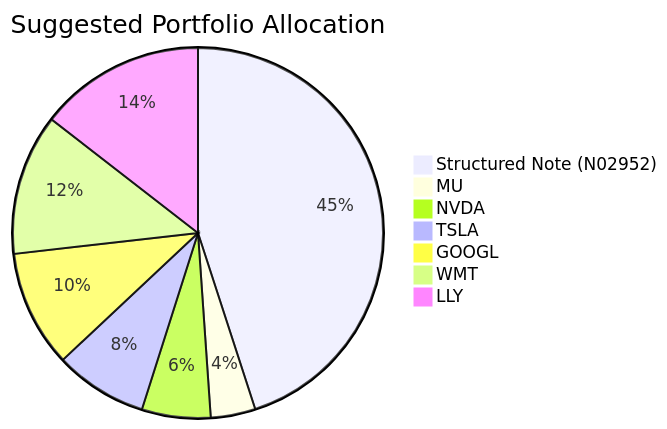
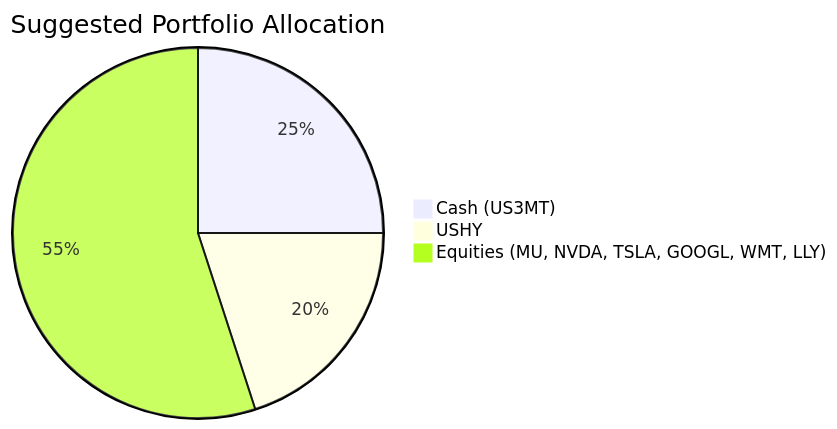
Before and after one commit to roger249/Bot-collaboration: the second of 2 diagrams in docs/sample outputs/client_product_fit_analysis_8.md, drawn with Mermaid. The commit also changed other lines of this file and 16 other files, not shown here.

````diff
--- a/docs/sample outputs/client_product_fit_analysis_8.md
+++ b/docs/sample outputs/client_product_fit_analysis_8.md
@@ -71,10 +41,6 @@
 ```mermaid
 pie title Suggested Portfolio Allocation
-    "Structured Note (N02952)" : 45.0
-    "MU" : 3.9
-    "NVDA" : 6.0
-    "TSLA" : 8.1
-    "GOOGL" : 10.2
-    "WMT" : 12.3
-    "LLY" : 14.5
+    "Cash (US3MT)" : 25
+    "USHY" : 20
+    "Equities (MU, NVDA, TSLA, GOOGL, WMT, LLY)" : 55
 ```
````
